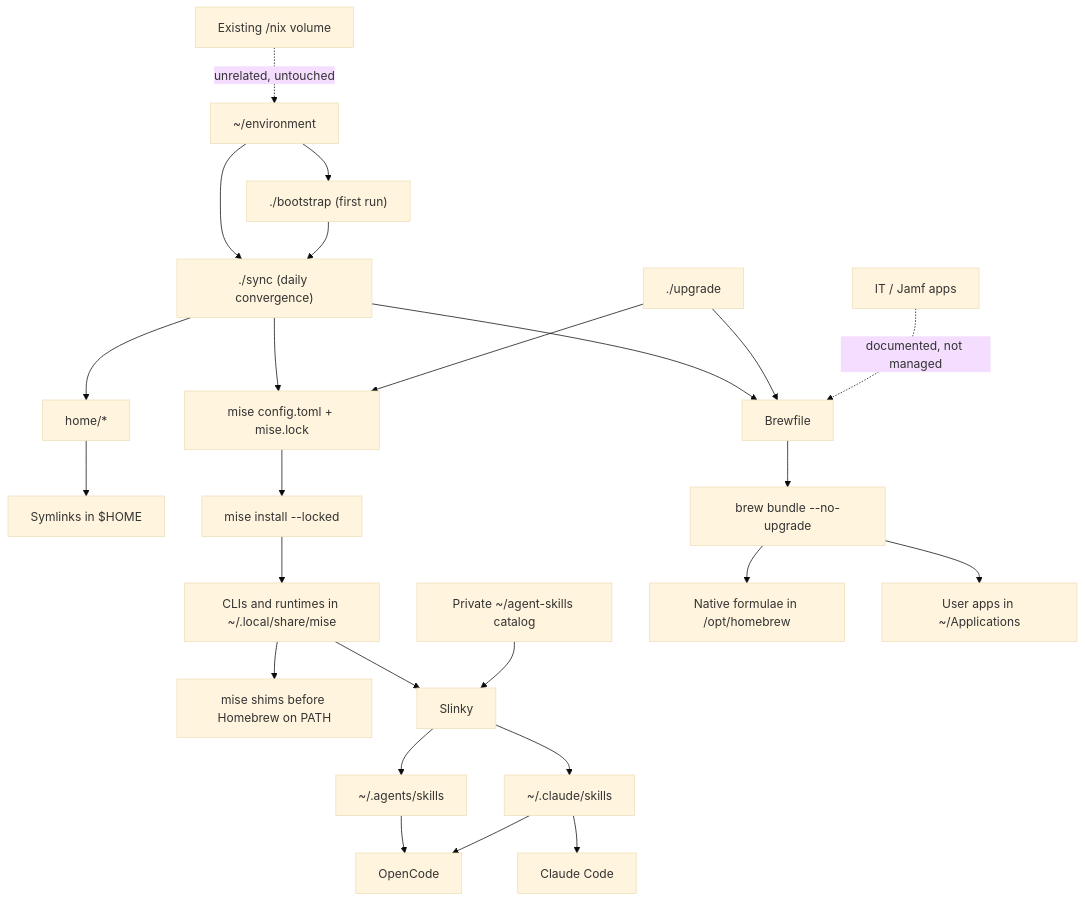
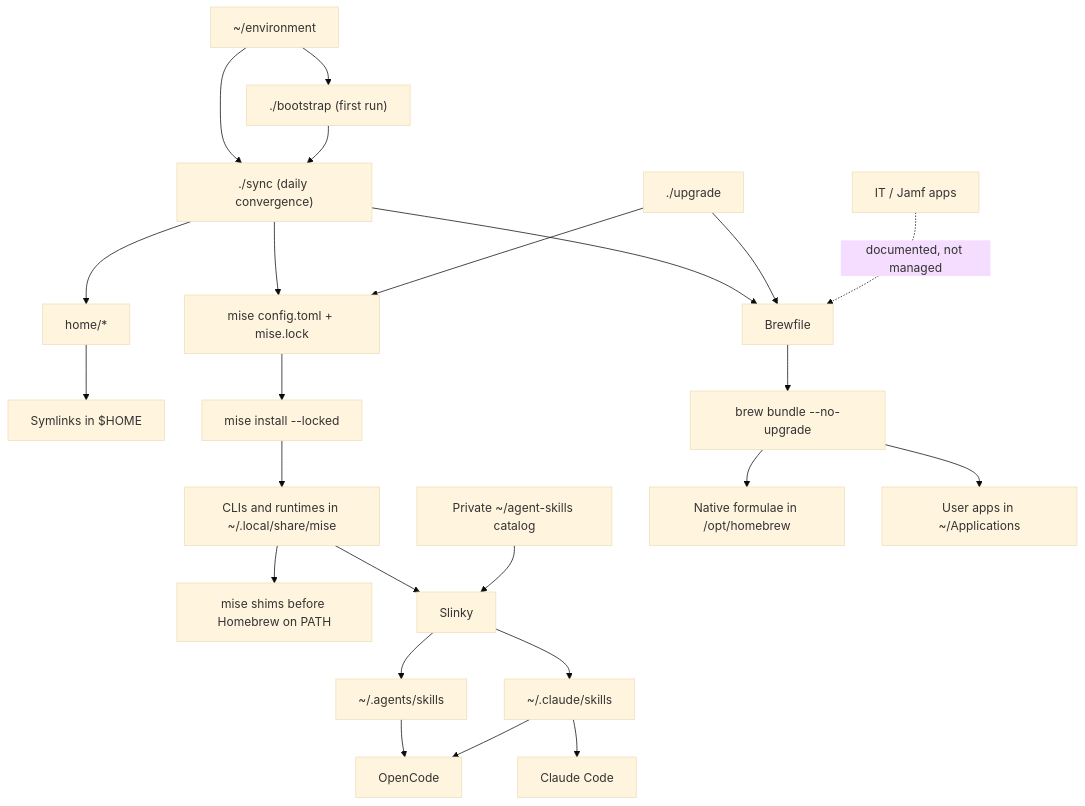
One commit to agomez-arine/environment changed the diagram in README.md. Above: the diagram before and after it, drawn with Mermaid (base theme). The commit also changed other lines of this file and 2 other files, not shown here.

First line of the commit message:
docs: remove unrelated Nix references

````diff
--- a/README.md
+++ b/README.md
@@ -26,32 +25,31 @@
 ```mermaid
 flowchart TD
     Repo["~/environment"] --> Bootstrap["./bootstrap (first run)"]
     Repo --> Sync["./sync (daily convergence)"]
     Bootstrap --> Sync
 
     Sync --> Dotfiles["home/*"]
     Dotfiles --> Home["Symlinks in $HOME"]
 
     Sync --> MiseConfig["mise config.toml + mise.lock"]
     MiseConfig --> MiseInstall["mise install --locked"]
     MiseInstall --> MiseTools["CLIs and runtimes in ~/.local/share/mise"]
     MiseTools --> Shims["mise shims before Homebrew on PATH"]
     MiseTools --> Slinky["Slinky"]
     Catalog["Private ~/agent-skills catalog"] --> Slinky
     Slinky --> AgentStore["~/.agents/skills"]
     Slinky --> ClaudeStore["~/.claude/skills"]
     AgentStore --> OpenCode["OpenCode"]
     ClaudeStore --> ClaudeCode["Claude Code"]
     ClaudeStore --> OpenCode
 
     Sync --> Brewfile["Brewfile"]
     Brewfile --> BrewBundle["brew bundle --no-upgrade"]
     BrewBundle --> Formulae["Native formulae in /opt/homebrew"]
     BrewBundle --> Apps["User apps in ~/Applications"]
 
     Upgrade["./upgrade"] --> Brewfile
     Upgrade --> MiseConfig
 
     IT["IT / Jamf apps"] -. "documented, not managed" .-> Brewfile
-    Nix["Existing /nix volume"] -. "unrelated, untouched" .-> Repo
 ```
````
